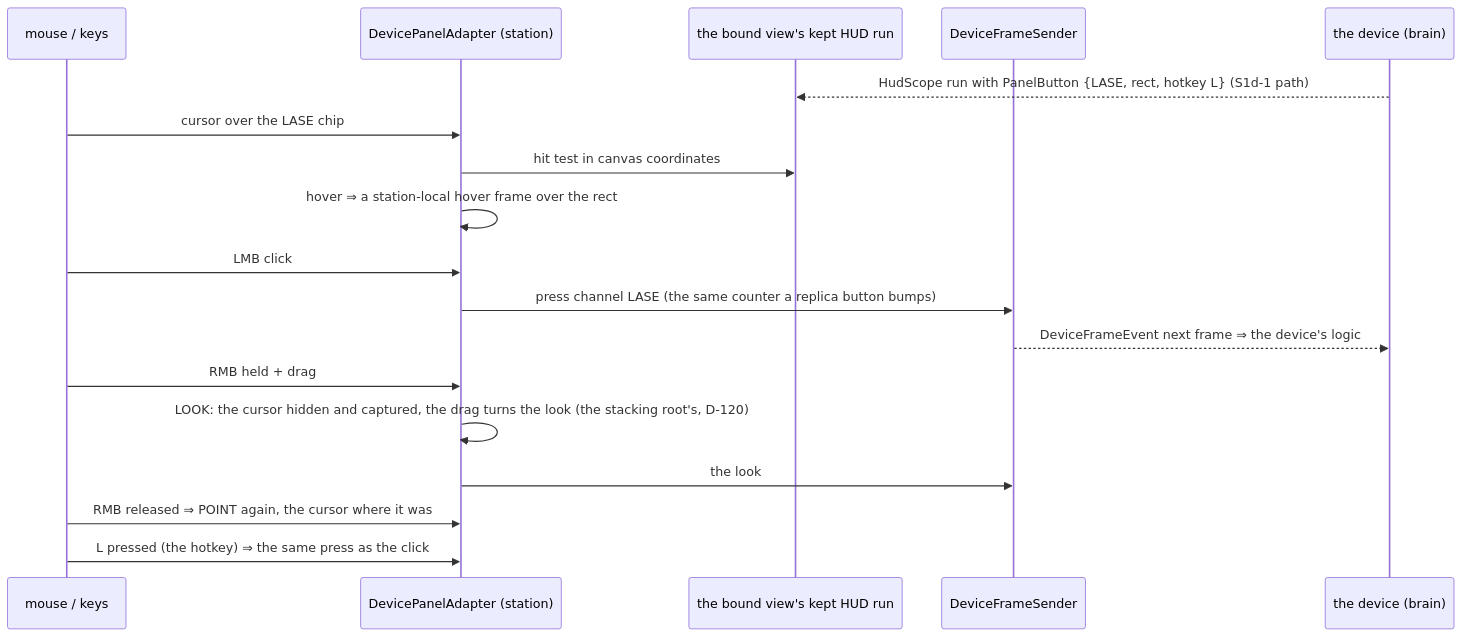
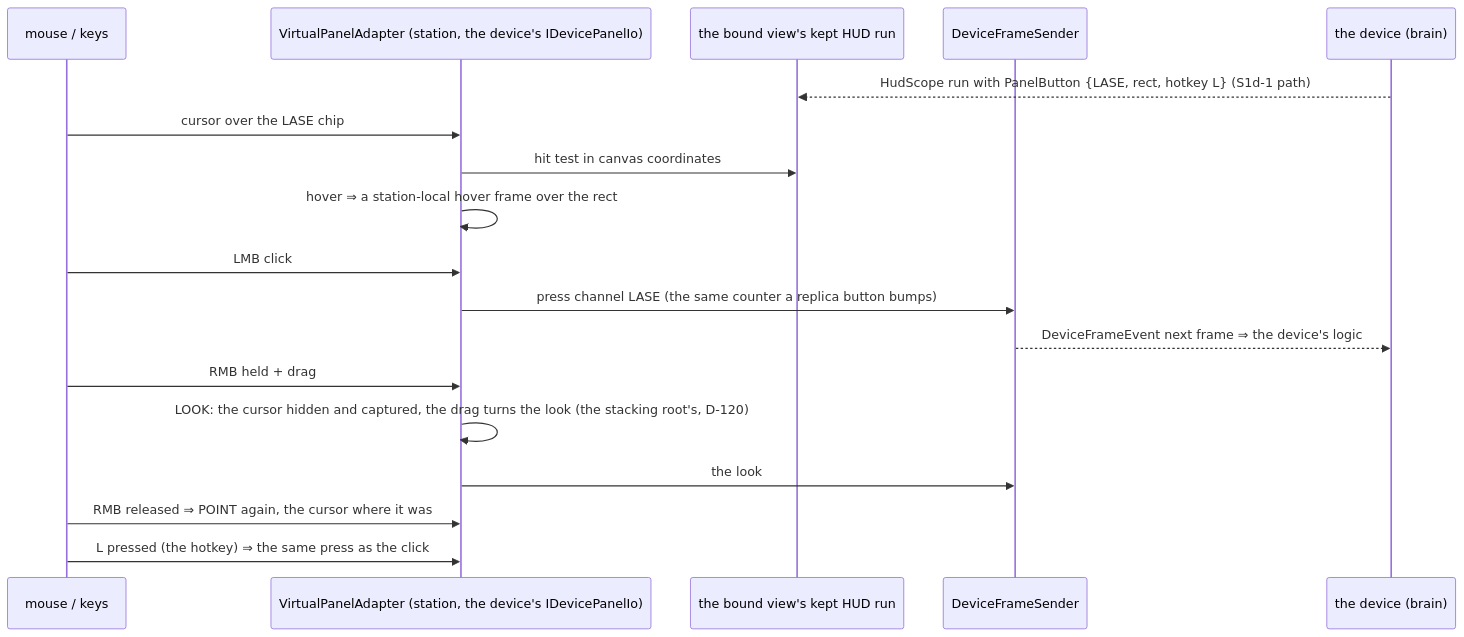
Before and after one commit to pjanec/HROT: diagram 11 of 17 in docs/designs/devices/DESIGN_Simulated_Devices.md, drawn with Mermaid. The commit also changed other lines of this file and 1 other file, not shown here.

````diff
--- a/docs/designs/devices/DESIGN_Simulated_Devices.md
+++ b/docs/designs/devices/DESIGN_Simulated_Devices.md
@@ -1217,20 +1225,20 @@
 ```mermaid
 sequenceDiagram
   participant U as mouse / keys
-  participant A as DevicePanelAdapter (station)
+  participant A as VirtualPanelAdapter (station, the device's IDevicePanelIo)
   participant V as the bound view's kept HUD run
   participant F as DeviceFrameSender
   participant D as the device (brain)
   D-->>V: HudScope run with PanelButton {LASE, rect, hotkey L} (S1d-1 path)
   U->>A: cursor over the LASE chip
   A->>V: hit test in canvas coordinates
   A->>A: hover ⇒ a station-local hover frame over the rect
   U->>A: LMB click
   A->>F: press channel LASE (the same counter a replica button bumps)
   F-->>D: DeviceFrameEvent next frame ⇒ the device's logic
   U->>A: RMB held + drag
   A->>A: LOOK: the cursor hidden and captured, the drag turns the look (the stacking root's, D-120)
   A->>F: the look
   U->>A: RMB released ⇒ POINT again, the cursor where it was
   U->>A: L pressed (the hotkey) ⇒ the same press as the click
 ```
````
